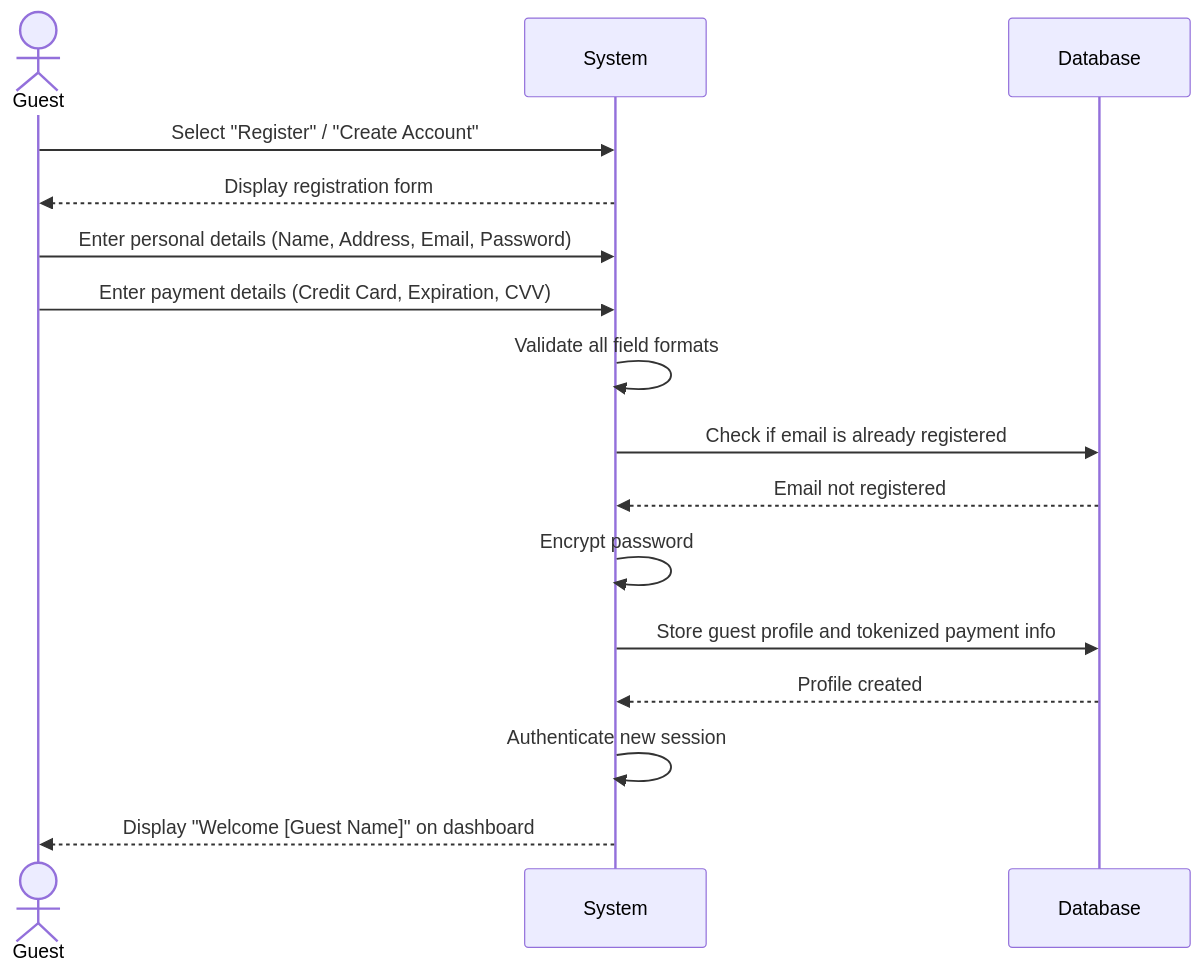
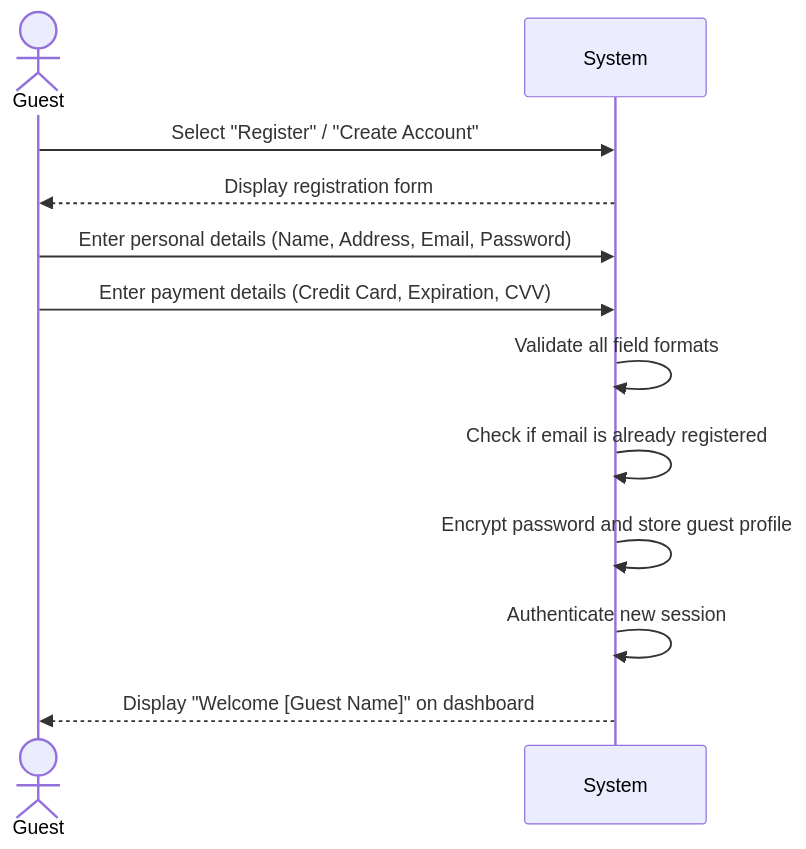
The diagram in Documentation/User-Cases/GuestRegistrationAuthentication.md (JaceYar/Software1-Proj), drawn with Mermaid before and after one commit. The commit also changed 11 other files, not shown here.

Commit message:
fix the diagrams

````diff
--- a/Documentation/User-Cases/GuestRegistrationAuthentication.md
+++ b/Documentation/User-Cases/GuestRegistrationAuthentication.md
@@ -11,19 +11,15 @@
 ```mermaid
 sequenceDiagram
     actor Guest
     participant System
-    participant Database
 
     Guest->>System: Select "Register" / "Create Account"
     System-->>Guest: Display registration form
     Guest->>System: Enter personal details (Name, Address, Email, Password)
     Guest->>System: Enter payment details (Credit Card, Expiration, CVV)
     System->>System: Validate all field formats
-    System->>Database: Check if email is already registered
-    Database-->>System: Email not registered
-    System->>System: Encrypt password
-    System->>Database: Store guest profile and tokenized payment info
-    Database-->>System: Profile created
+    System->>System: Check if email is already registered
+    System->>System: Encrypt password and store guest profile
     System->>System: Authenticate new session
     System-->>Guest: Display "Welcome [Guest Name]" on dashboard
 ```
````
